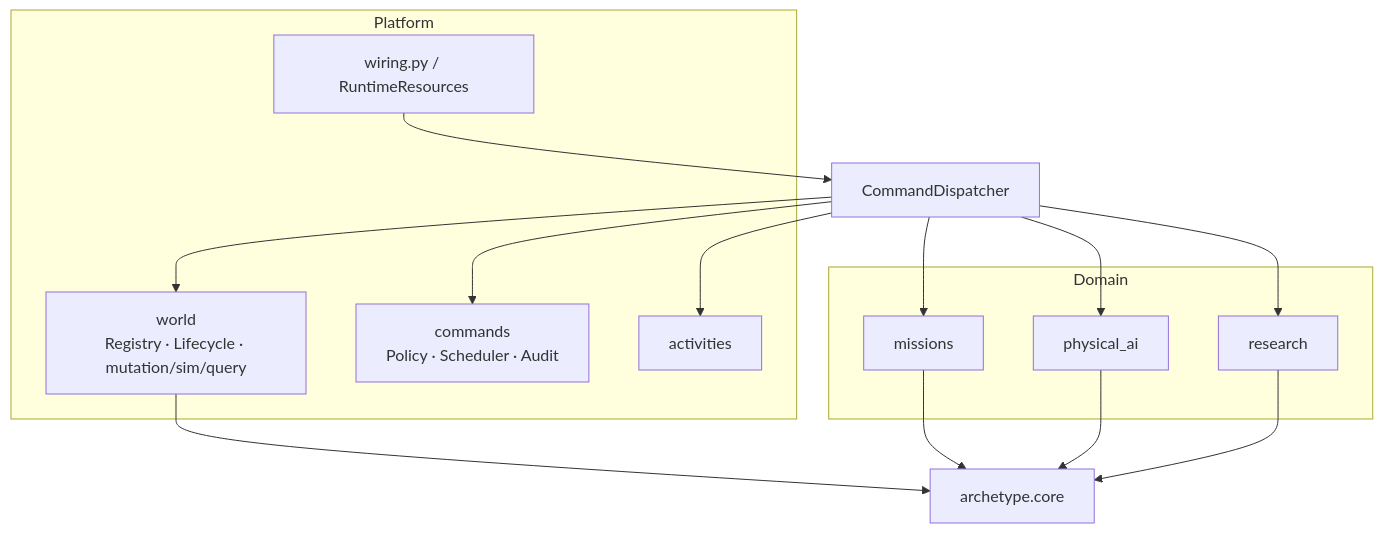
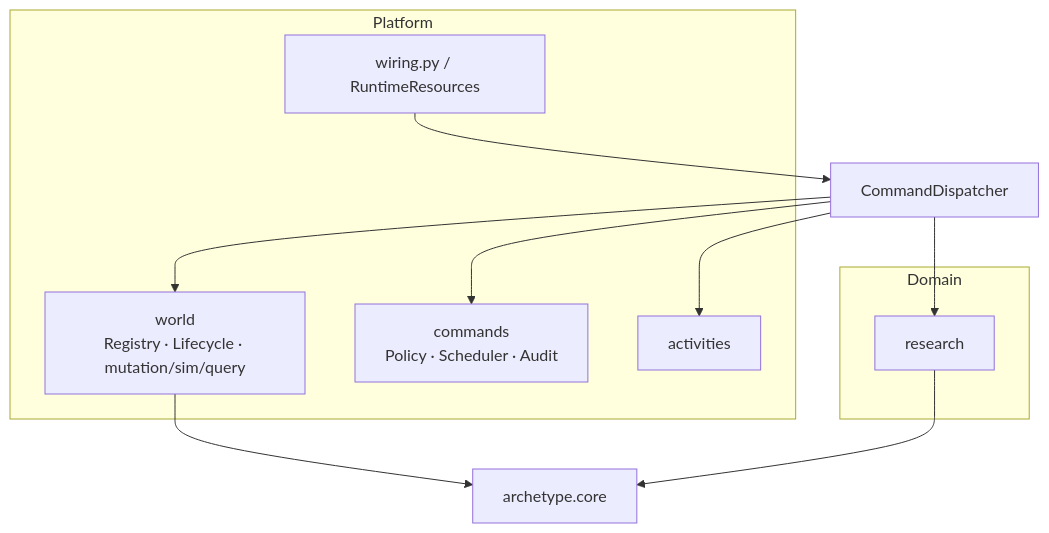
One commit to VangelisTech/archetype changed the second of 8 diagrams in docs/guide/app-overview.md. Above: the diagram before and after it, drawn with Mermaid. The commit also changed other lines of this file and 315 other files, not shown here.

````diff
--- a/docs/guide/app-overview.md
+++ b/docs/guide/app-overview.md
@@ -68,29 +68,23 @@
 ```mermaid
 graph TB
     Disp["CommandDispatcher"]
 
     subgraph "Platform"
         World["world<br/>Registry · Lifecycle · mutation/sim/query"]
         Cmd["commands<br/>Policy · Scheduler · Audit"]
         Act["activities"]
         Wire["wiring.py / RuntimeResources"]
     end
 
     subgraph "Domain"
-        Missions["missions"]
-        Physical["physical_ai"]
         Research["research"]
     end
 
     Disp --> World
     Disp --> Cmd
     Disp --> Act
-    Disp --> Missions
-    Disp --> Physical
     Disp --> Research
     Wire --> Disp
     World --> Core["archetype.core"]
-    Missions --> Core
-    Physical --> Core
     Research --> Core
 ```
````
